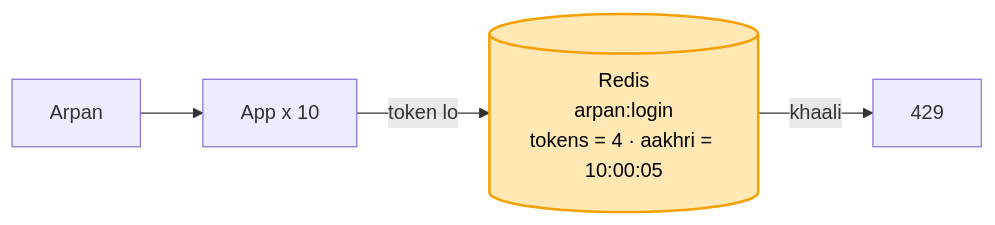
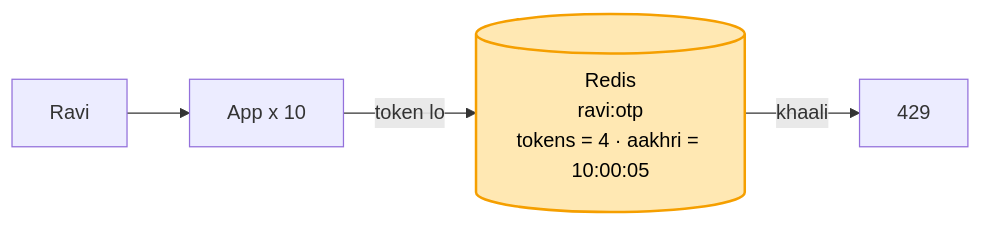
The third of 10 diagrams in 04_HLD/SYSTEM_DESIGNS/02_rate_limiter/02_rate_limiter.md (ArpanMaheshwari144/Prep), drawn with Mermaid before and after one commit. The commit also changed other lines of this file and 2 other files, not shown here.

Commit message:
HLD: main file = hand notes (cache 10 se 11 machine, notification SMS had 100/s, rate limiter kadam 1-4 Ravi ke OTP pe)

````diff
--- a/04_HLD/SYSTEM_DESIGNS/02_rate_limiter/02_rate_limiter.md
+++ b/04_HLD/SYSTEM_DESIGNS/02_rate_limiter/02_rate_limiter.md
@@ -144,7 +144,7 @@
 ```mermaid
 flowchart LR
-    U["Arpan"] --> G["App x 10"]
-    G -- "token lo" --> R[("Redis<br/>arpan:login<br/>tokens = 4 · aakhri = 10:00:05")]
+    U["Ravi"] --> G["App x 10"]
+    G -- "token lo" --> R[("Redis<br/>ravi:otp<br/>tokens = 4 · aakhri = 10:00:05")]
     R -- "khaali" --> X["429"]
     style R fill:#ffe8b3,stroke:#f59f00,stroke-width:2px,color:#000
 ```
````
